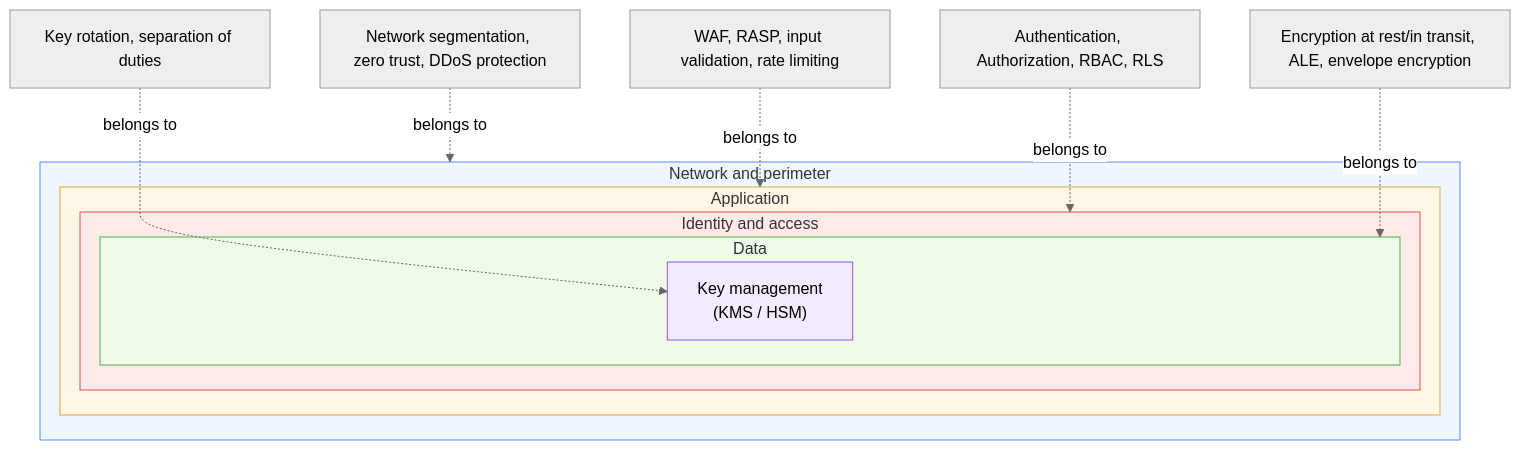
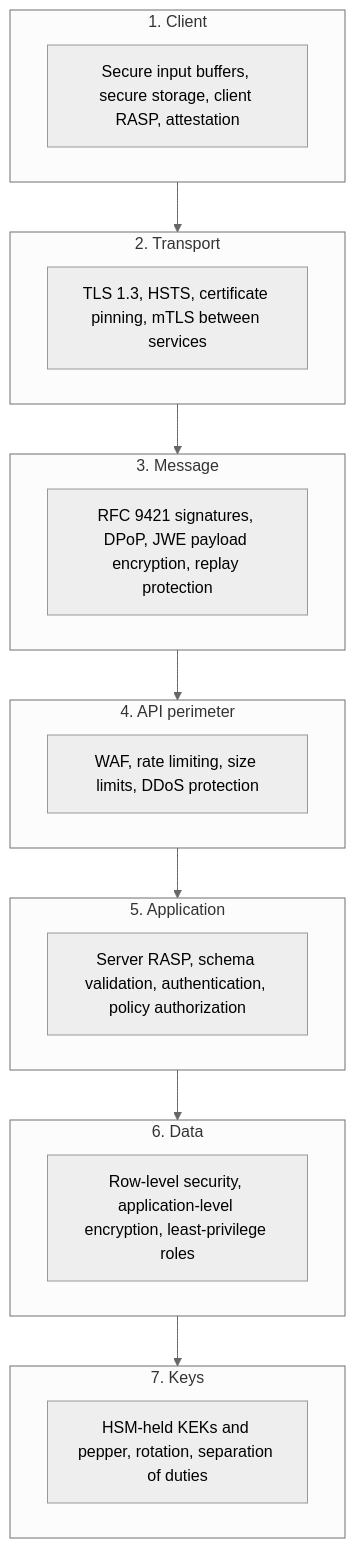
One commit to gbrandtio/bitcoin-tracker changed the first of 3 diagrams in docs/SECURITY.md. Above: the diagram before and after it, drawn with Mermaid (neutral theme). The commit also changed other lines of this file and 4 other files, not shown here.

Commit message:
Adding frontend architecture, security, agents index - removing obsolete docs

````diff
--- a/docs/SECURITY.md
+++ b/docs/SECURITY.md
@@ -23,24 +69,26 @@
 ```mermaid
 flowchart TB
-    subgraph L1["Network and perimeter"]
-        subgraph L2["Application"]
-            subgraph L3["Identity and access"]
-                subgraph L4["Data"]
-                    L5["Key management\n(KMS / HSM)"]
-                end
-            end
-        end
+    subgraph C["1. Client"]
+        C1["Secure input buffers, secure storage, client RASP, attestation"]
+    end
+    subgraph T["2. Transport"]
+        T1["TLS 1.3, HSTS, certificate pinning, mTLS between services"]
+    end
+    subgraph M["3. Message"]
+        M1["RFC 9421 signatures, DPoP, JWE payload encryption, replay protection"]
+    end
+    subgraph P["4. API perimeter"]
+        P1["WAF, rate limiting, size limits, DDoS protection"]
+    end
+    subgraph A["5. Application"]
+        A1["Server RASP, schema validation, authentication, policy authorization"]
+    end
+    subgraph D["6. Data"]
+        D1["Row-level security, application-level encryption, least-privilege roles"]
+    end
+    subgraph K["7. Keys"]
+        K1["HSM-held KEKs and pepper, rotation, separation of duties"]
     end
 
-    N1["Network segmentation, zero trust, DDoS protection"] -. belongs to .-> L1
-    N2["WAF, RASP, input validation, rate limiting"] -. belongs to .-> L2
-    N3["Authentication, Authorization, RBAC, RLS"] -. belongs to .-> L3
-    N4["Encryption at rest/in transit, ALE, envelope encryption"] -. belongs to .-> L4
-    N5["Key rotation, separation of duties"] -. belongs to .-> L5
-
-    style L1 fill:#eef6ff,stroke:#5b8def
-    style L2 fill:#fff7e6,stroke:#e0a83b
-    style L3 fill:#ffe9e9,stroke:#d9534f
-    style L4 fill:#eefbea,stroke:#4caf50
-    style L5 fill:#f3eaff,stroke:#8a5bd8
+    C --> T --> M --> P --> A --> D --> K
 ```
````
